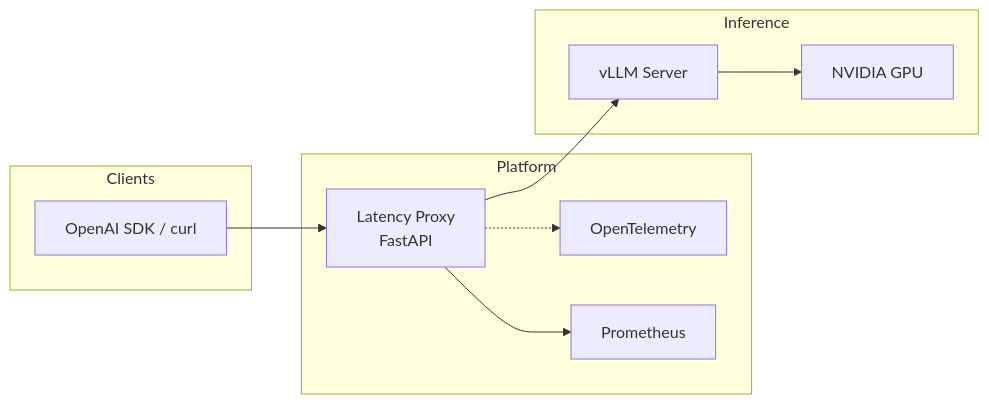
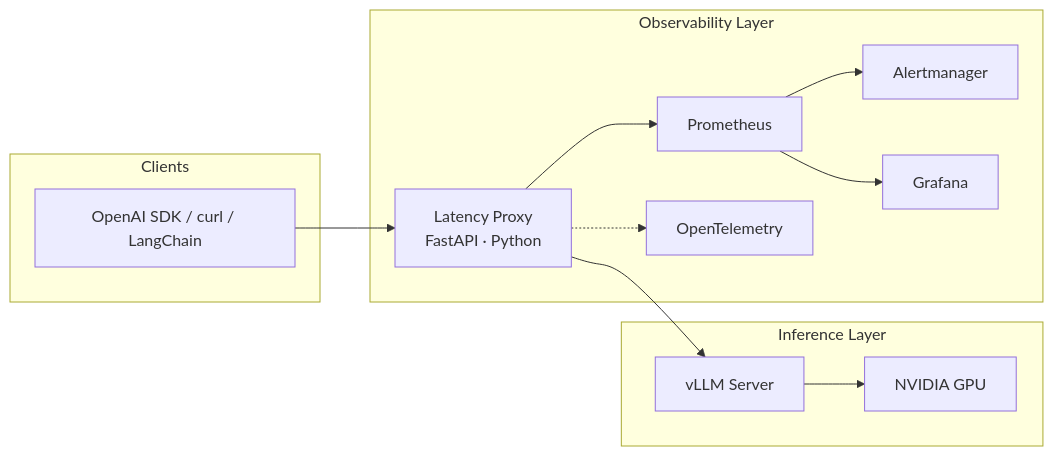
One commit to ArchanaChetan07/ai-inference-observability-platform changed the first of 2 diagrams in README.md. Above: the diagram before and after it, drawn with Mermaid. The commit also changed other lines of this file, not shown here.

````diff
--- a/README.md
+++ b/README.md
@@ -118,19 +114,22 @@
 ```mermaid
 flowchart LR
     subgraph Clients
-        SDK[OpenAI SDK / curl]
+        SDK[OpenAI SDK / curl / LangChain]
     end
-    subgraph Platform
-        Proxy[Latency Proxy<br/>FastAPI]
+    subgraph Observability["Observability Layer"]
+        Proxy[Latency Proxy<br/>FastAPI · Python]
+        Prom[Prometheus]
+        AM[Alertmanager]
+        Graf[Grafana]
         OTel[OpenTelemetry]
-        Prom[Prometheus]
     end
-    subgraph Inference
+    subgraph Inference["Inference Layer"]
         VLLM[vLLM Server]
         GPU[NVIDIA GPU]
     end
     SDK --> Proxy
     Proxy --> VLLM --> GPU
-    Proxy --> Prom
+    Proxy --> Prom --> AM
+    Prom --> Graf
     Proxy -.-> OTel
 ```
````
